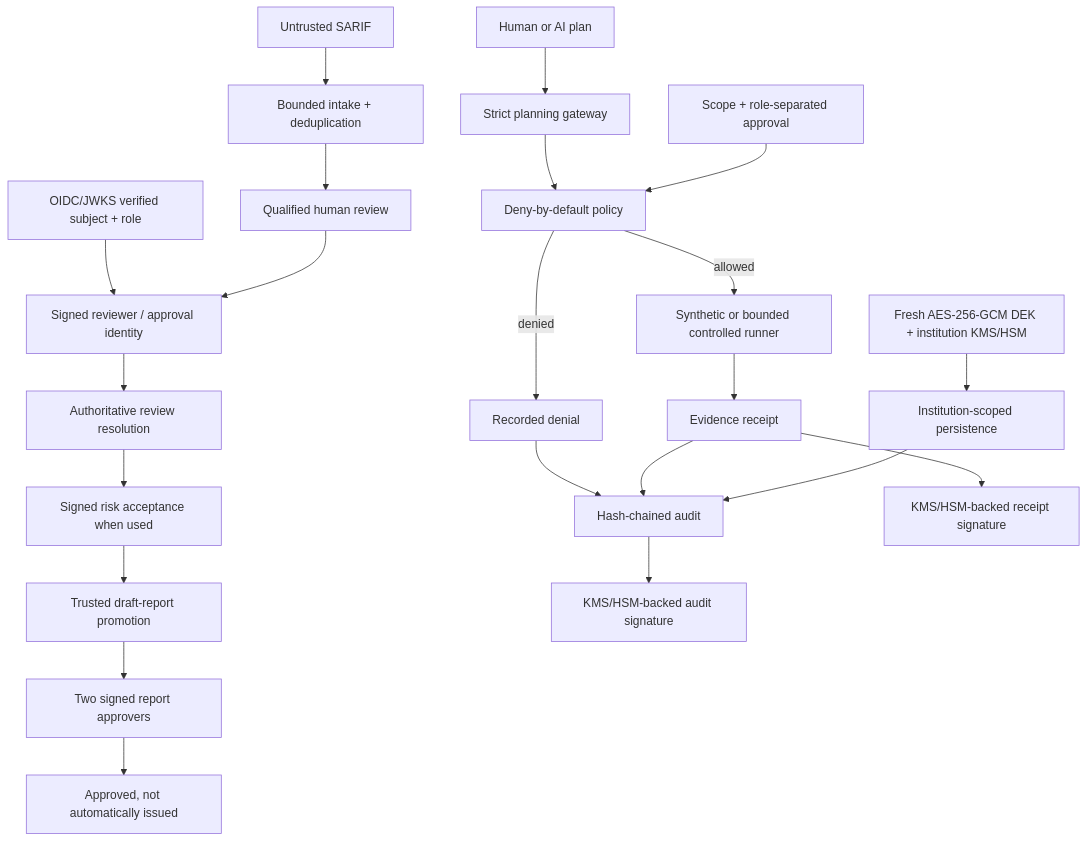
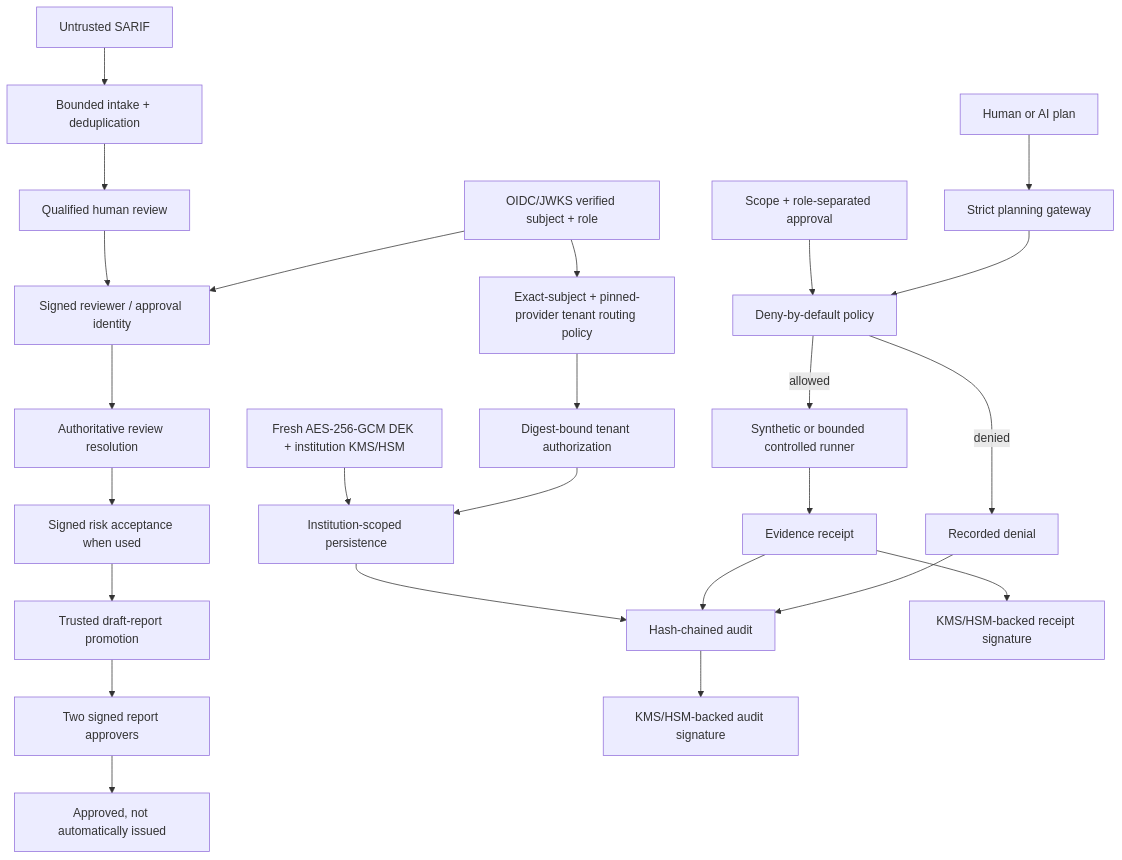
One commit to bilgekayali/finredops changed the diagram in README.md. Above: the diagram before and after it, drawn with Mermaid. The commit also changed other lines of this file and 10 other files, not shown here.

First line of the commit message:
feat: FinRedOps v0.8.2 authenticated tenant routing (#17)

````diff
--- a/README.md
+++ b/README.md
@@ -48,24 +49,27 @@
 ```mermaid
 flowchart TD
     A["Human or AI plan"] --> B["Strict planning gateway"]
     B --> C["Deny-by-default policy"]
     D["Scope + role-separated approval"] --> C
     C -->|allowed| E["Synthetic or bounded controlled runner"]
     C -->|denied| F["Recorded denial"]
     E --> G["Evidence receipt"]
     F --> H["Hash-chained audit"]
     G --> H
     I["Untrusted SARIF"] --> J["Bounded intake + deduplication"]
     J --> K["Qualified human review"]
     O["OIDC/JWKS verified subject + role"] --> L["Signed reviewer / approval identity"]
     K --> L
     L --> N["Authoritative review resolution"]
     N --> R["Signed risk acceptance when used"]
     R --> M["Trusted draft-report promotion"]
     M --> P["Two signed report approvers"]
     P --> Q["Approved, not automatically issued"]
-    S["Institution-scoped persistence"] --> H
+    O --> W["Exact-subject + pinned-provider tenant routing policy"]
+    W --> X["Digest-bound tenant authorization"]
+    X --> S["Institution-scoped persistence"]
+    S --> H
     T["Fresh AES-256-GCM DEK + institution KMS/HSM"] --> S
     H --> U["KMS/HSM-backed audit signature"]
     G --> V["KMS/HSM-backed receipt signature"]
 ```
````
